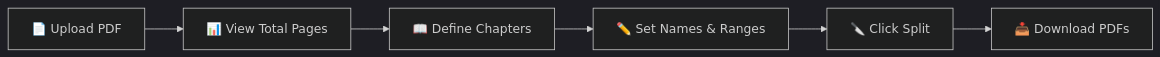
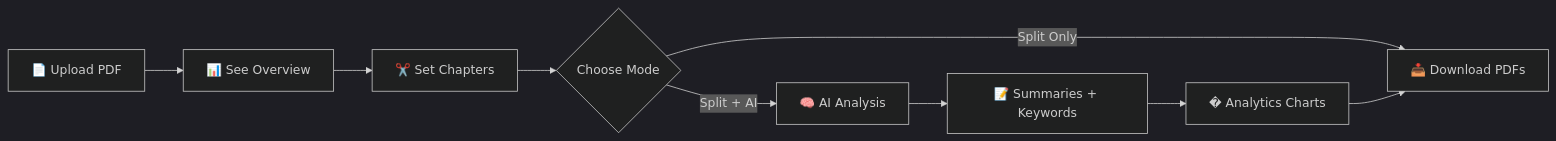
The first of 2 diagrams in README.md (shah-bakhsh/pdf-splitter-pro), drawn with Mermaid (dark theme) before and after one commit. The commit also changed other lines of this file and 6 other files, not shown here.

````diff
--- a/README.md
+++ b/README.md
@@ -65,8 +81,11 @@
 ```mermaid
 graph LR
-    A[📄 Upload PDF] --> B[📊 View Total Pages]
-    B --> C[📖 Define Chapters]
-    C --> D[✏️ Set Names & Ranges]
-    D --> E[🔪 Click Split]
-    E --> F[📥 Download PDFs]
+    A[📄 Upload PDF] --> B[📊 See Overview]
+    B --> C[✂️ Set Chapters]
+    C --> D{Choose Mode}
+    D -->|Split Only| E[📥 Download PDFs]
+    D -->|Split + AI| F[🧠 AI Analysis]
+    F --> G[📝 Summaries + Keywords]
+    G --> H[� Analytics Charts]
+    H --> E
 ```
````
